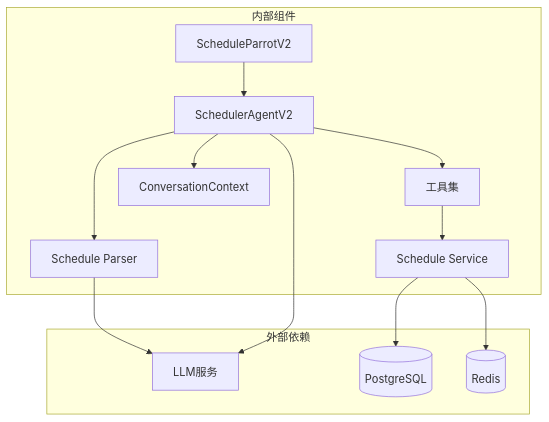
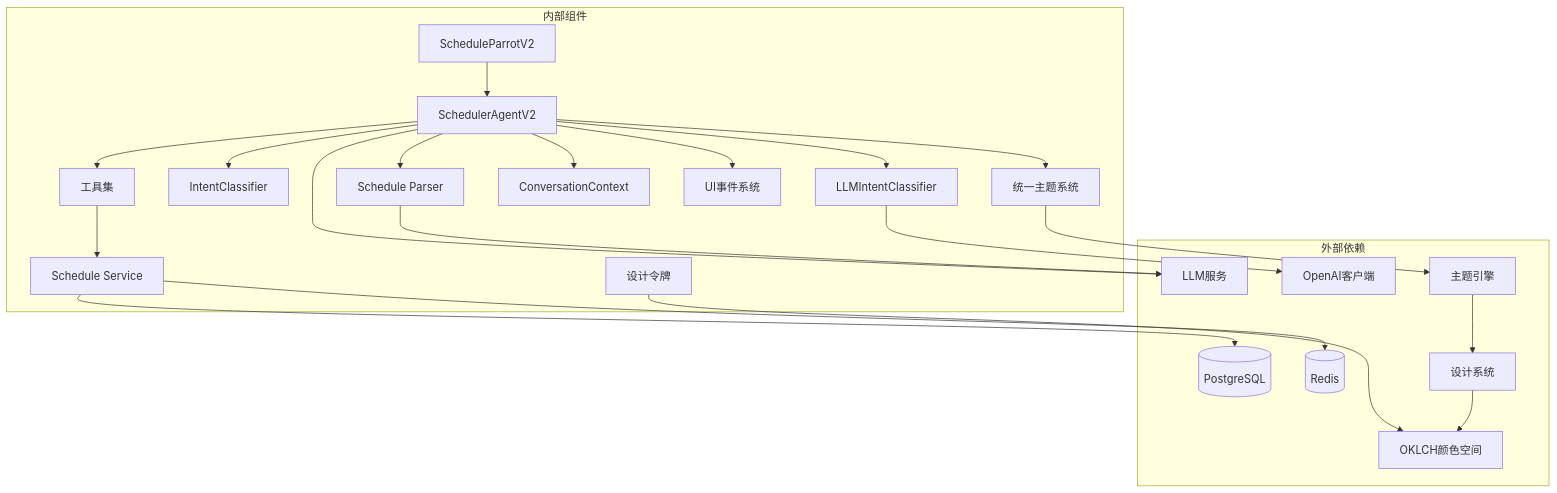
One commit to hrygo/memos changed diagram 23 of 23 in .qoder/repowiki/zh/content/AI 增强系统/Parrot 多代理 AI 系统/Schedule Parrot 日程管理代理.md. Above: the diagram before and after it, drawn with Mermaid. The commit also changed other lines of this file and 29 other files, not shown here.

````diff
--- a/.qoder/repowiki/zh/content/AI 增强系统/Parrot 多代理 AI 系统/Schedule Parrot 日程管理代理.md
+++ b/.qoder/repowiki/zh/content/AI 增强系统/Parrot 多代理 AI 系统/Schedule Parrot 日程管理代理.md
@@ -584,25 +930,43 @@
 ```mermaid
 graph TB
 subgraph "外部依赖"
 LLM[LLM服务]
+OpenAI[OpenAI客户端]
 Postgres[(PostgreSQL)]
 Redis[(Redis)]
+ThemeEngine[主题引擎]
+DesignSystem[设计系统]
+OKLCH[OKLCH颜色空间]
 end
 subgraph "内部组件"
 Parrot[ScheduleParrotV2]
 Agent[SchedulerAgentV2]
+IntentLLM[LLMIntentClassifier]
+IntentRule[IntentClassifier]
 Parser[Schedule Parser]
 Tools[工具集]
 Service[Schedule Service]
 Context[ConversationContext]
+UIEvents[UI事件系统]
+UnifiedTheme[统一主题系统]
+DesignTokens[设计令牌]
 end
 Parrot --> Agent
+Agent --> IntentLLM
+Agent --> IntentRule
 Agent --> Tools
 Agent --> Context
 Agent --> Parser
+Agent --> UIEvents
+Agent --> UnifiedTheme
 Tools --> Service
 Service --> Postgres
 Service --> Redis
 Parser --> LLM
 Agent --> LLM
+IntentLLM --> OpenAI
+UnifiedTheme --> ThemeEngine
+ThemeEngine --> DesignSystem
+DesignSystem --> OKLCH
+DesignTokens --> OKLCH
 ```
````
